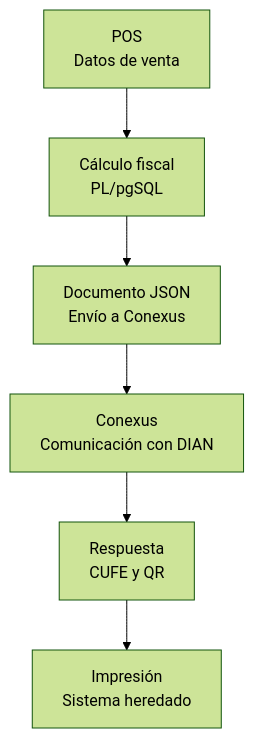
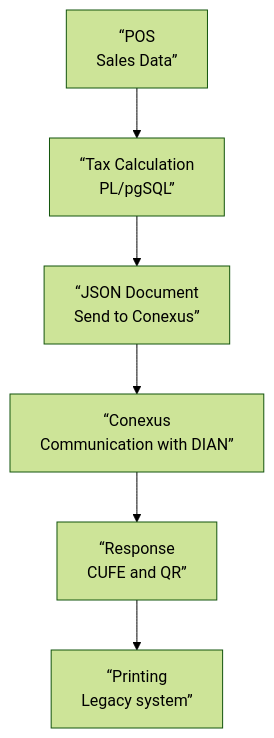
One commit to jotaprogramming/Portfolio changed the diagram in case-study-facturacion-electronica.md. Above: the diagram before and after it, drawn with Mermaid (forest theme). The commit also changed other lines of this file, not shown here.

````diff
--- a/case-study-facturacion-electronica.md
+++ b/case-study-facturacion-electronica.md
@@ -116,8 +116,8 @@
 ```mermaid
 flowchart TB
-    A["POS<br/>Datos de venta"] --> B["Cálculo fiscal<br/>PL/pgSQL"]
-    B --> C["Documento JSON<br/>Envío a Conexus"]
-    C --> D["Conexus<br/>Comunicación con DIAN"]
-    D --> E["Respuesta<br/>CUFE y QR"]
-    E --> F["Impresión<br/>Sistema heredado"]
+    A[“POS<br/>Sales Data”] --> B[“Tax Calculation<br/>PL/pgSQL”]
+    B --> C[“JSON Document<br/>Send to Conexus”]
+    C --> D[“Conexus<br/>Communication with DIAN”]
+    D --> E[“Response<br/>CUFE and QR”]
+    E --> F[“Printing<br/>Legacy system”]
 ```
````
